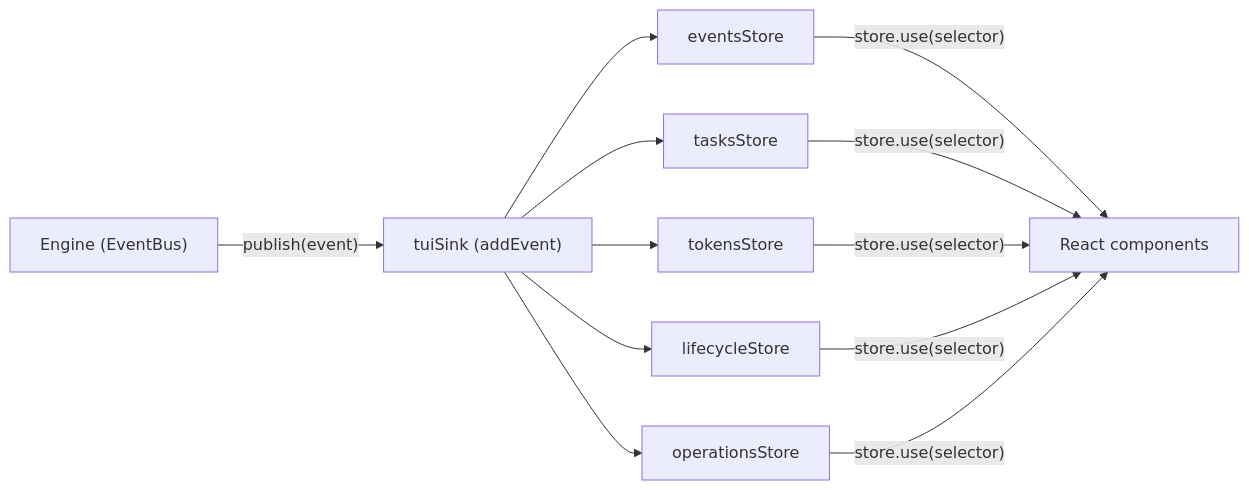
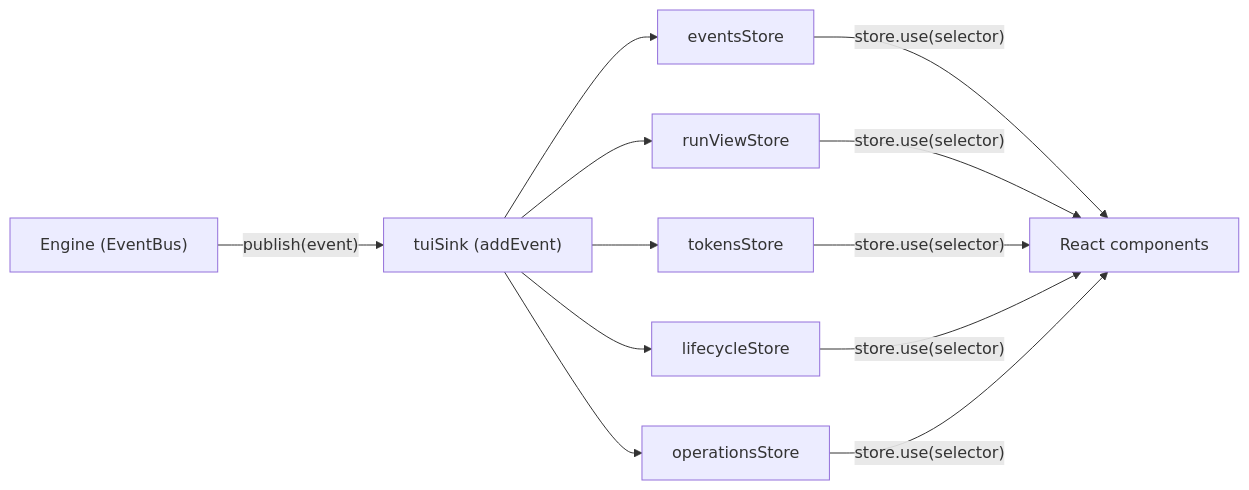
Before and after one commit to b4r7x/splitbrief: the diagram in docs/STORES-AND-UI.md, drawn with Mermaid. The commit also changed other lines of this file and 99 other files, not shown here.

First line of the commit message:
Fold the briefs and their counts in the run view

````diff
--- a/docs/STORES-AND-UI.md
+++ b/docs/STORES-AND-UI.md
@@ -30,23 +30,23 @@
 ```mermaid
 flowchart LR
   Engine["Engine (EventBus)"]
   Sink["tuiSink (addEvent)"]
   Events["eventsStore"]
-  Tasks["tasksStore"]
+  RunView["runViewStore"]
   Tokens["tokensStore"]
   Lifecycle["lifecycleStore"]
   Operations["operationsStore"]
   React["React components"]
 
   Engine -->|"publish(event)"| Sink
   Sink --> Events
-  Sink --> Tasks
+  Sink --> RunView
   Sink --> Tokens
   Sink --> Lifecycle
   Sink --> Operations
   Events -->|"store.use(selector)"| React
-  Tasks -->|"store.use(selector)"| React
+  RunView -->|"store.use(selector)"| React
   Tokens -->|"store.use(selector)"| React
   Lifecycle -->|"store.use(selector)"| React
   Operations -->|"store.use(selector)"| React
 ```
````
